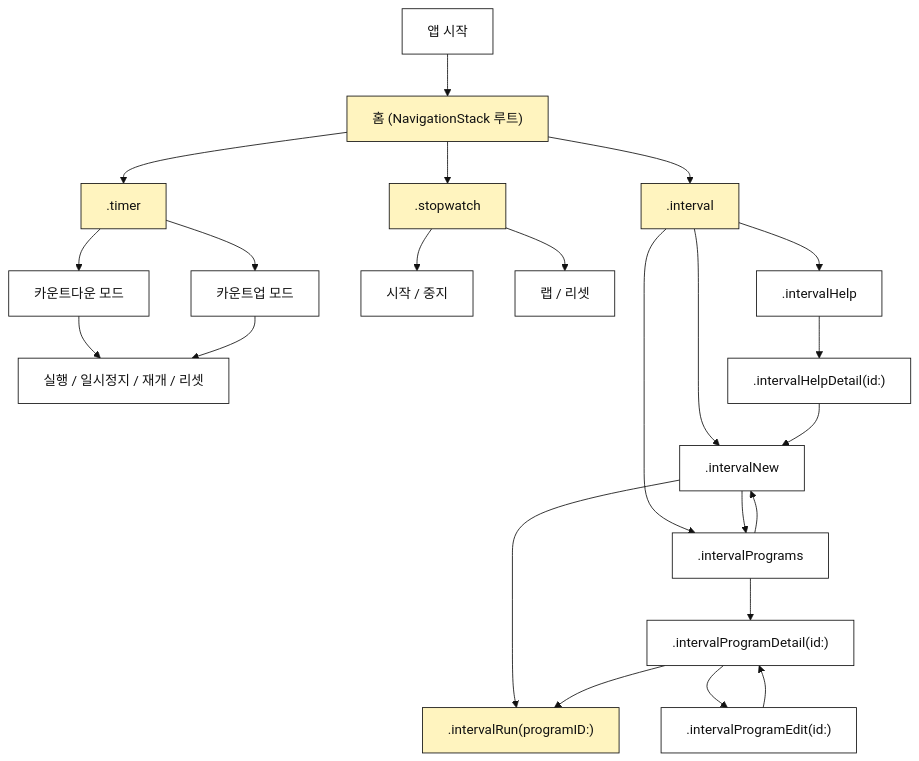
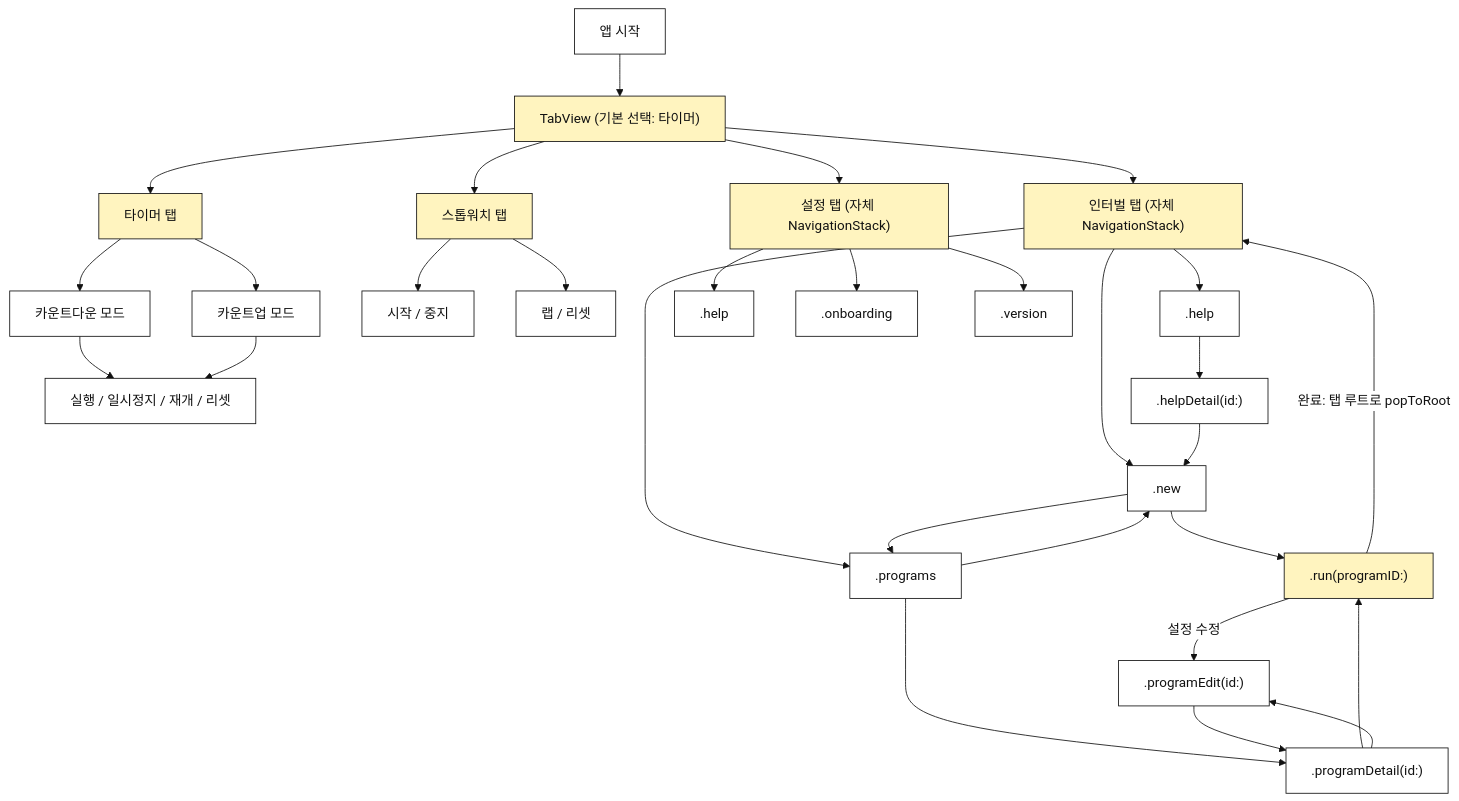
Before and after one commit to KalGookSoo/tempo: the diagram in docs/navigation-structure.md, drawn with Mermaid. The commit also changed other lines of this file and 18 other files, not shown here.

First line of the commit message:
feat: 홈 화면을 하단 탭바(타이머/스톱워치/인터벌/설정) 구조로 전환

````diff
--- a/docs/navigation-structure.md
+++ b/docs/navigation-structure.md
@@ -45,36 +49,42 @@
 ```mermaid
 %%{init: {"theme": "base", "themeVariables": {"background": "transparent", "primaryColor": "#FFFFFF", "primaryTextColor": "#111111", "primaryBorderColor": "#111111", "lineColor": "#111111", "tertiaryColor": "#F7F7F2"}}}%%
 flowchart TD
-    A["앱 시작"] --> B["홈 (NavigationStack 루트)"]
-    B --> T[".timer"]
-    B --> S[".stopwatch"]
-    B --> I[".interval"]
+    A["앱 시작"] --> TB["TabView (기본 선택: 타이머)"]
+    TB --> T["타이머 탭"]
+    TB --> S["스톱워치 탭"]
+    TB --> I["인터벌 탭 (자체 NavigationStack)"]
+    TB --> G["설정 탭 (자체 NavigationStack)"]
 
     T --> T1["카운트다운 모드"]
     T --> T2["카운트업 모드"]
     T1 --> T3["실행 / 일시정지 / 재개 / 리셋"]
     T2 --> T3
 
     S --> S1["시작 / 중지"]
     S --> S2["랩 / 리셋"]
 
-    I --> N[".intervalNew"]
-    I --> P[".intervalPrograms"]
-    I --> H[".intervalHelp"]
-    H --> H1[".intervalHelpDetail(id:)"]
+    I --> N[".new"]
+    I --> P[".programs"]
+    I --> H[".help"]
+    H --> H1[".helpDetail(id:)"]
 
-    N --> R[".intervalRun(programID:)"]
+    N --> R[".run(programID:)"]
     N --> P
-    P --> P2[".intervalProgramDetail(id:)"]
+    P --> P2[".programDetail(id:)"]
     P --> N
     P2 --> R
-    P2 --> E[".intervalProgramEdit(id:)"]
+    P2 --> E[".programEdit(id:)"]
     E --> P2
     H1 --> N
+    R -->|완료: 탭 루트로 popToRoot| I
+    R -->|설정 수정| E
+
+    G --> GH[".help"]
+    G --> GO[".onboarding"]
+    G --> GV[".version"]
 
     classDef primary fill:#FFF4BF,stroke:#111111,color:#111111;
     classDef screen fill:#FFFFFF,stroke:#111111,color:#111111;
-    classDef done fill:#DDF8E8,stroke:#111111,color:#111111;
-    class B,T,S,I,R primary;
-    class T1,T2,T3,S1,S2,N,P,H,H1,P2,E screen;
+    class TB,T,S,I,G,R primary;
+    class T1,T2,T3,S1,S2,N,P,H,H1,P2,E,GH,GO,GV screen;
 ```
````
